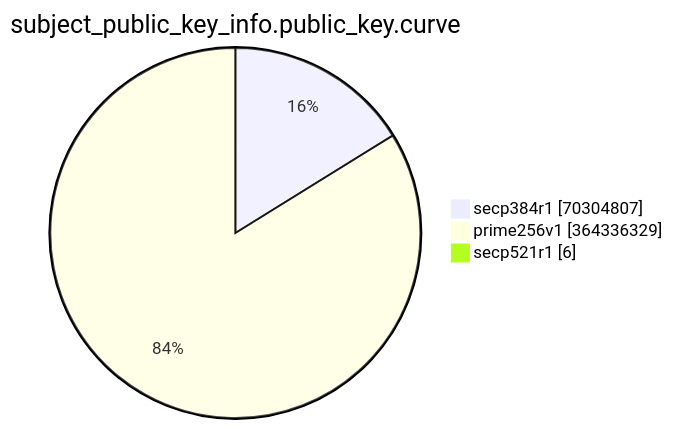
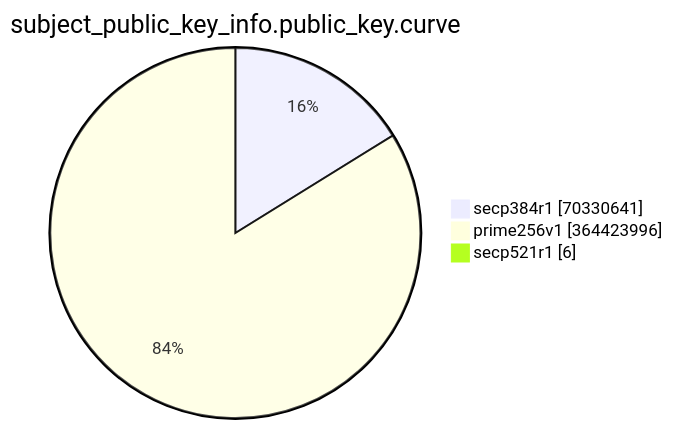
Before and after one commit to christiankrug/ctmonitor_visualization: the eighth of 15 diagrams in TOTAL/README.md, drawn with Mermaid. The commit also changed other lines of this file, not shown here.

````diff
--- a/TOTAL/README.md
+++ b/TOTAL/README.md
@@ -3091,7 +3091,7 @@
 ```mermaid
 pie showData
 title subject_public_key_info.public_key.curve
-"secp384r1" :70304807
-"prime256v1" :364336329
+"secp384r1" :70330641
+"prime256v1" :364423996
 "secp521r1" :6
 ```
````
